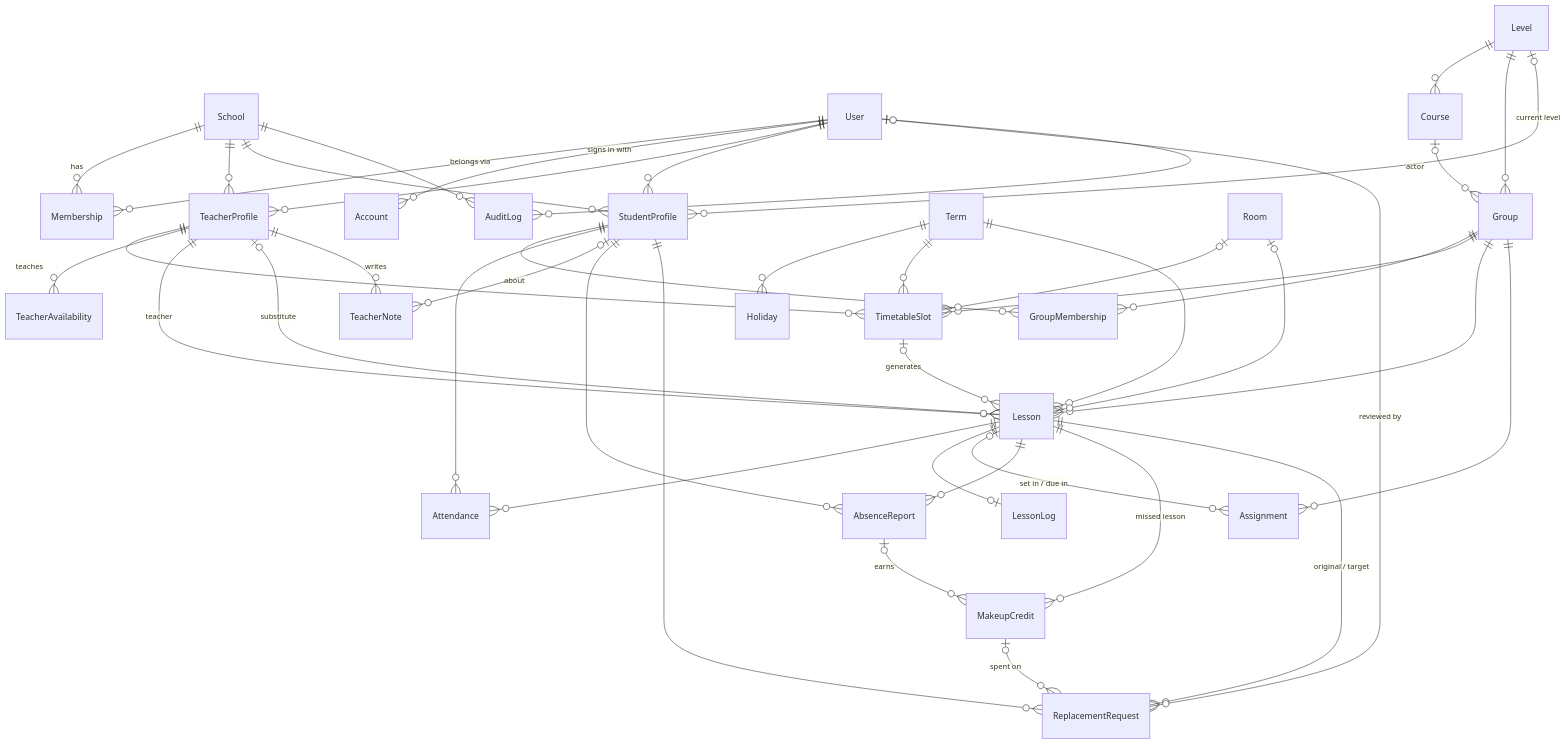
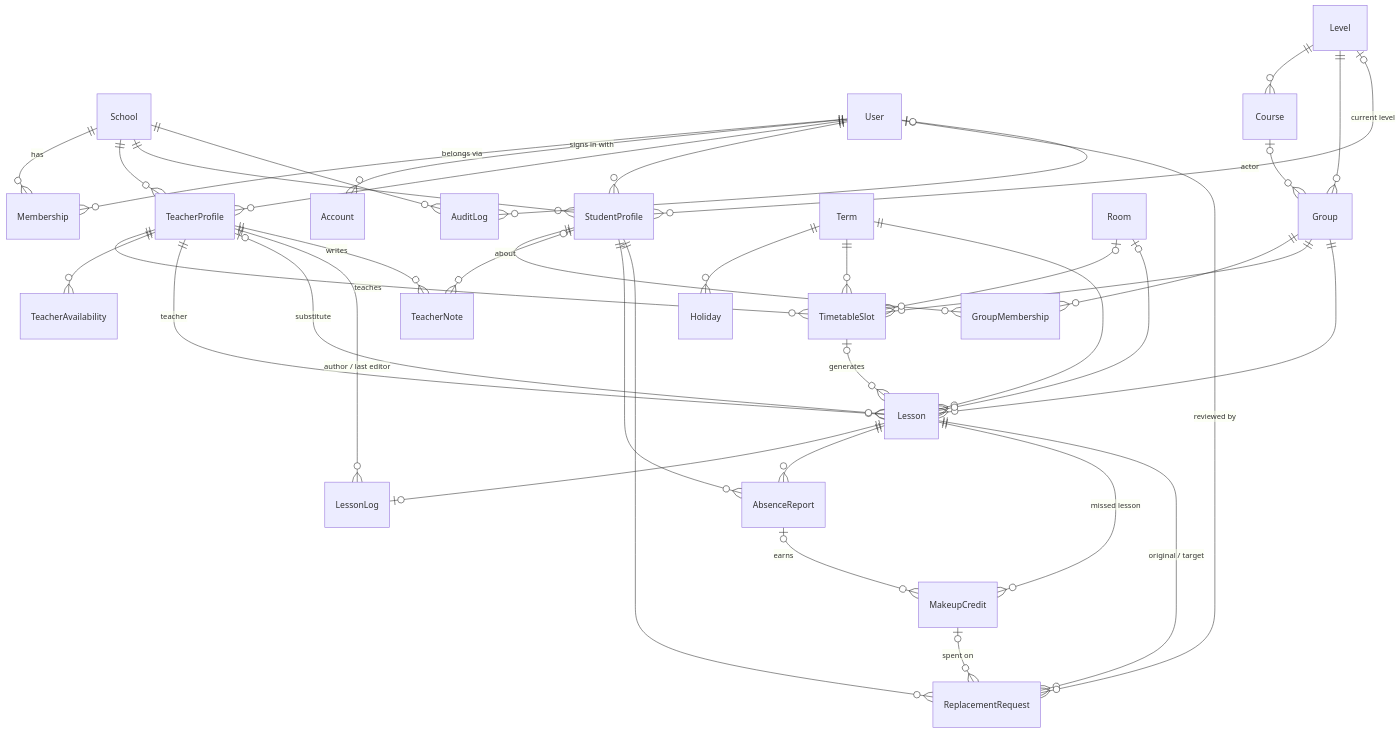
One commit to NoncommissionedRush/schoolmanager changed the diagram in docs/architecture/data-model.md. Above: the diagram before and after it, drawn with Mermaid. The commit also changed other lines of this file and 12 other files, not shown here.

First line of the commit message:
feat(db): CARM-35 homework on the lesson log, drop attendance and assignments

````diff
--- a/docs/architecture/data-model.md
+++ b/docs/architecture/data-model.md
@@ -139,51 +146,48 @@
 ```mermaid
 erDiagram
   School ||--o{ Membership : has
   User ||--o{ Membership : "belongs via"
   User ||--o{ Account : "signs in with"
   User ||--o{ TeacherProfile : ""
   User ||--o{ StudentProfile : ""
   School ||--o{ TeacherProfile : ""
   School ||--o{ StudentProfile : ""
 
   Level ||--o{ Course : ""
   Level ||--o{ Group : ""
   Level |o--o{ StudentProfile : "current level"
   Course |o--o{ Group : ""
   Group ||--o{ GroupMembership : ""
   StudentProfile ||--o{ GroupMembership : ""
 
   Term ||--o{ Holiday : ""
   Term ||--o{ TimetableSlot : ""
   Group ||--o{ TimetableSlot : ""
   TeacherProfile ||--o{ TimetableSlot : teaches
   Room |o--o{ TimetableSlot : ""
   TeacherProfile ||--o{ TeacherAvailability : ""
 
   TimetableSlot |o--o{ Lesson : generates
   Term ||--o{ Lesson : ""
   Group ||--o{ Lesson : ""
   TeacherProfile ||--o{ Lesson : teacher
   TeacherProfile |o--o{ Lesson : substitute
   Room |o--o{ Lesson : ""
 
-  Lesson ||--o{ Attendance : ""
-  StudentProfile ||--o{ Attendance : ""
   Lesson ||--o| LessonLog : ""
-  Group ||--o{ Assignment : ""
-  Lesson |o--o{ Assignment : "set in / due in"
+  TeacherProfile ||--o{ LessonLog : "author / last editor"
   TeacherProfile ||--o{ TeacherNote : writes
   StudentProfile |o--o{ TeacherNote : about
 
   Lesson ||--o{ AbsenceReport : ""
   StudentProfile ||--o{ AbsenceReport : ""
   AbsenceReport |o--o{ MakeupCredit : earns
   Lesson ||--o{ MakeupCredit : "missed lesson"
   MakeupCredit |o--o{ ReplacementRequest : "spent on"
   Lesson ||--o{ ReplacementRequest : "original / target"
   StudentProfile ||--o{ ReplacementRequest : ""
   User |o--o{ ReplacementRequest : "reviewed by"
 
   School ||--o{ AuditLog : ""
   User |o--o{ AuditLog : actor
 ```
````
